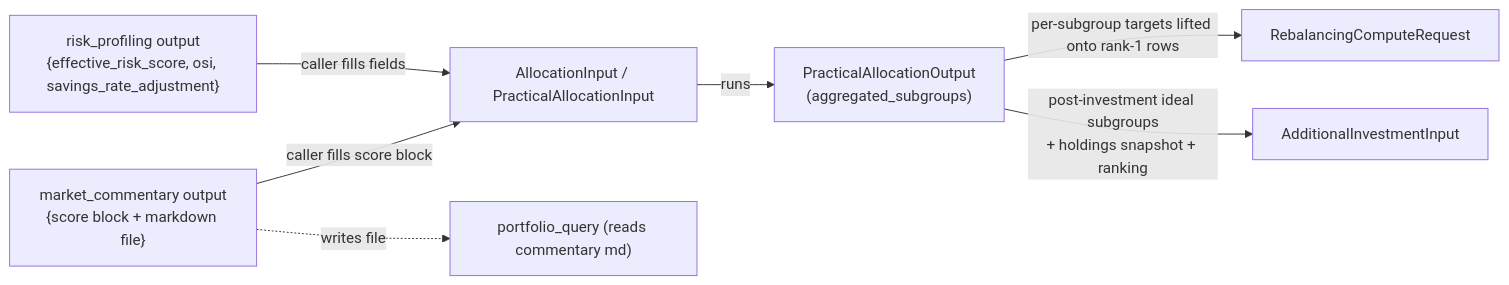
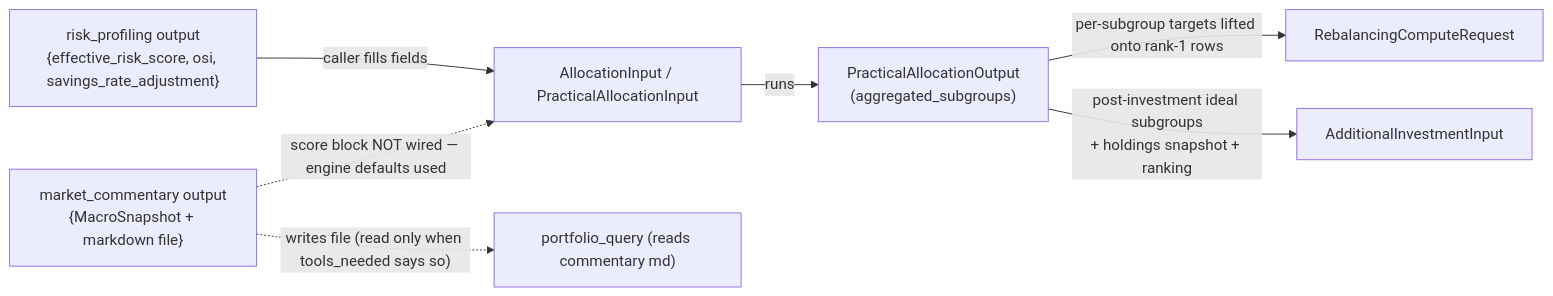
The third of 3 diagrams in AI_Agents/Reference_docs/Tech_reference_docs/ARCHITECTURE.md (tilly5317-lab/Prozpr_Backend), drawn with Mermaid before and after one commit. The commit also changed other lines of this file and 29 other files, not shown here.

First line of the commit message:
Docs: mutual_fund_query, streaming, tools_needed

````diff
--- a/AI_Agents/Reference_docs/Tech_reference_docs/ARCHITECTURE.md
+++ b/AI_Agents/Reference_docs/Tech_reference_docs/ARCHITECTURE.md
@@ -435,17 +449,17 @@
 ```mermaid
 flowchart LR
     RP_out["risk_profiling output<br/>{effective_risk_score, osi, savings_rate_adjustment}"]
-    MC_out["market_commentary output<br/>{score block + markdown file}"]
+    MC_out["market_commentary output<br/>{MacroSnapshot + markdown file}"]
     AA_in["AllocationInput / PracticalAllocationInput"]
     PA_out["PracticalAllocationOutput<br/>(aggregated_subgroups)"]
     RB_in["RebalancingComputeRequest"]
     AINV_in["AdditionalInvestmentInput"]
     PQ_in["portfolio_query (reads commentary md)"]
 
     RP_out -->|"caller fills fields"| AA_in
-    MC_out -->|"caller fills score block"| AA_in
-    MC_out -.->|"writes file"| PQ_in
+    MC_out -.->|"score block NOT wired — engine defaults used"| AA_in
+    MC_out -.->|"writes file (read only when tools_needed says so)"| PQ_in
     AA_in -->|"runs"| PA_out
     PA_out -->|"per-subgroup targets lifted onto rank-1 rows"| RB_in
     PA_out -->|"post-investment ideal subgroups<br/>+ holdings snapshot + ranking"| AINV_in
 ```
````
